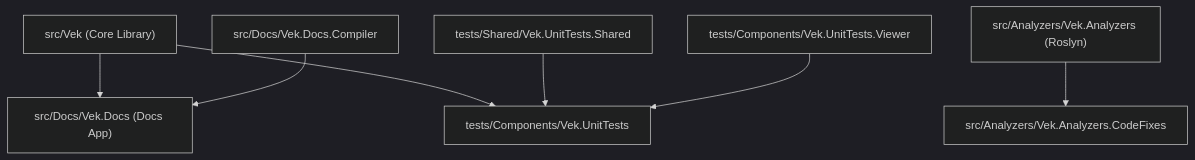
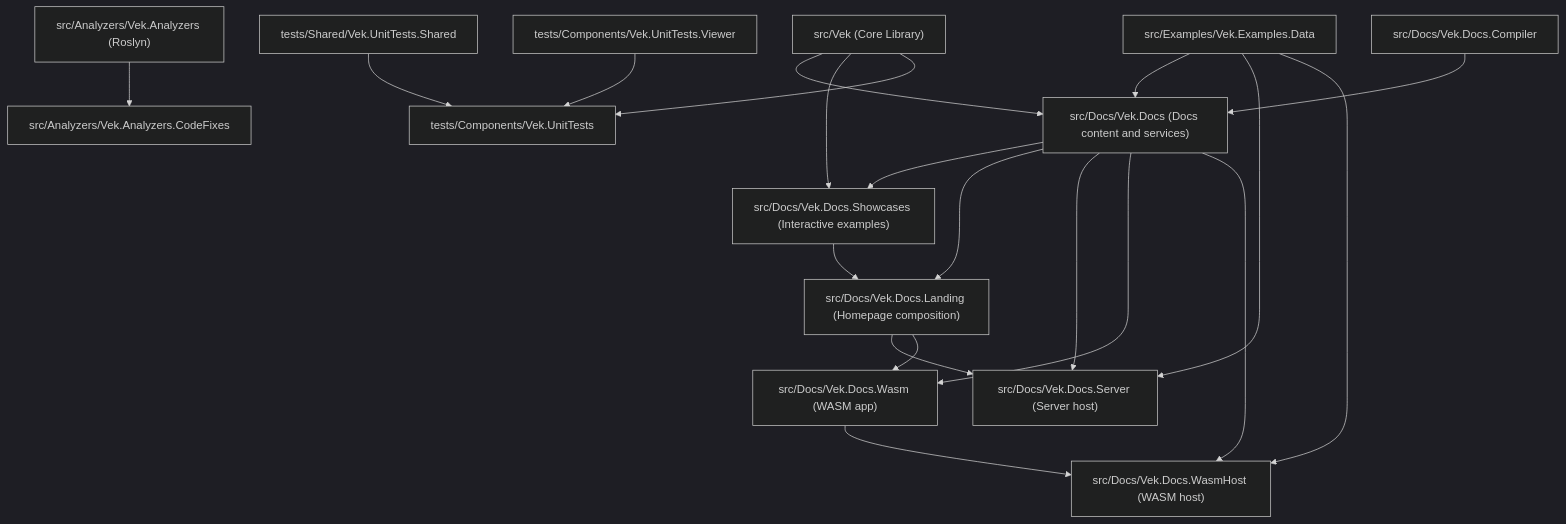
Before and after one commit to madiseh/Vek: the diagram in docs/governance/architecture.md, drawn with Mermaid (dark theme). The commit also changed other lines of this file and 93 other files, not shown here.

Commit message:
feat(docs): add interactive showcases and expense tracker

````diff
--- a/docs/governance/architecture.md
+++ b/docs/governance/architecture.md
@@ -51,18 +55,37 @@
 ```mermaid
 graph TD
     Vek["src/Vek (Core Library)"]
     VekAnalyzers["src/Analyzers/Vek.Analyzers (Roslyn)"]
     VekCodeFixes["src/Analyzers/Vek.Analyzers.CodeFixes"]
-    VekDocs["src/Docs/Vek.Docs (Docs App)"]
+    VekDocs["src/Docs/Vek.Docs (Docs content and services)"]
+    VekDocsLanding["src/Docs/Vek.Docs.Landing (Homepage composition)"]
+    VekDocsShowcases["src/Docs/Vek.Docs.Showcases (Interactive examples)"]
+    VekDocsServer["src/Docs/Vek.Docs.Server (Server host)"]
+    VekDocsWasm["src/Docs/Vek.Docs.Wasm (WASM app)"]
+    VekDocsWasmHost["src/Docs/Vek.Docs.WasmHost (WASM host)"]
+    VekExamplesData["src/Examples/Vek.Examples.Data"]
     VekCompiler["src/Docs/Vek.Docs.Compiler"]
     VekUnitTests["tests/Components/Vek.UnitTests"]
     VekViewer["tests/Components/Vek.UnitTests.Viewer"]
     VekShared["tests/Shared/Vek.UnitTests.Shared"]
 
     VekAnalyzers --> VekCodeFixes
     Vek --> VekDocs
+    Vek --> VekDocsShowcases
+    VekDocs --> VekDocsShowcases
+    VekDocs --> VekDocsLanding
+    VekDocsShowcases --> VekDocsLanding
+    VekDocs --> VekDocsServer
+    VekDocs --> VekDocsWasm
+    VekDocs --> VekDocsWasmHost
+    VekDocsLanding --> VekDocsServer
+    VekDocsLanding --> VekDocsWasm
+    VekDocsWasm --> VekDocsWasmHost
     VekCompiler --> VekDocs
+    VekExamplesData --> VekDocs
+    VekExamplesData --> VekDocsServer
+    VekExamplesData --> VekDocsWasmHost
     Vek --> VekUnitTests
     VekShared --> VekUnitTests
     VekViewer --> VekUnitTests
 ```
````
